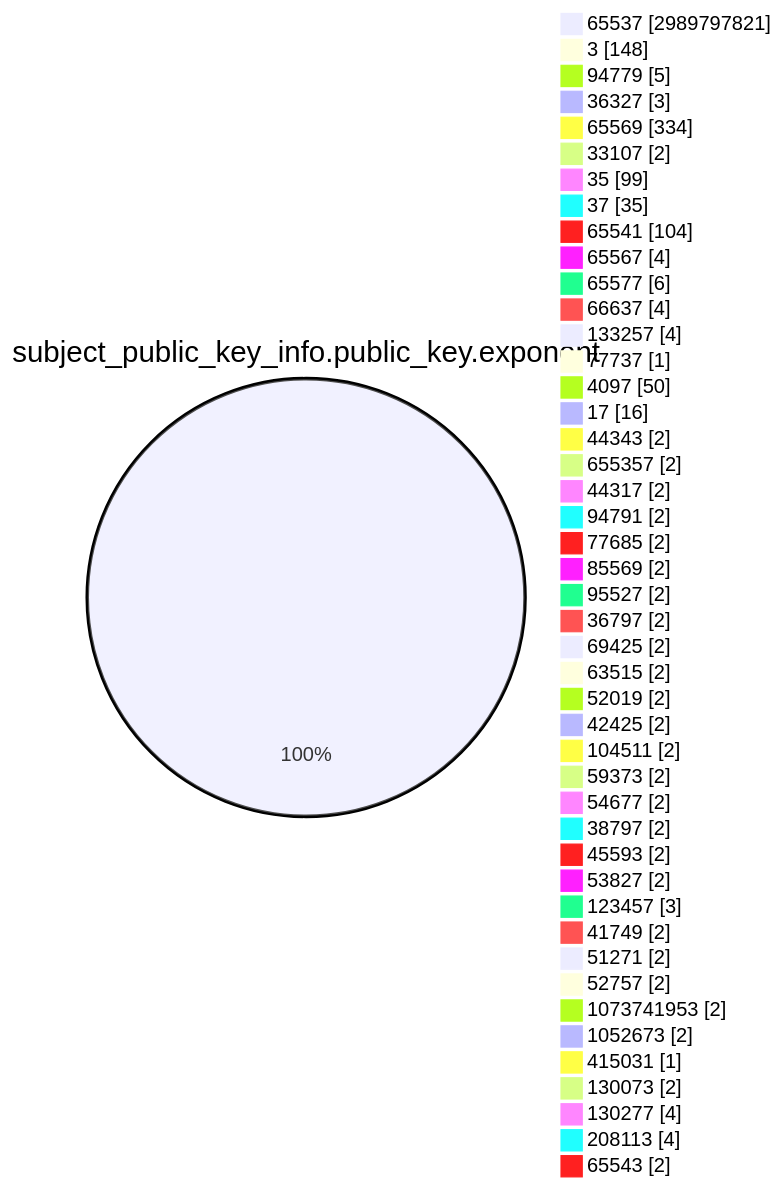
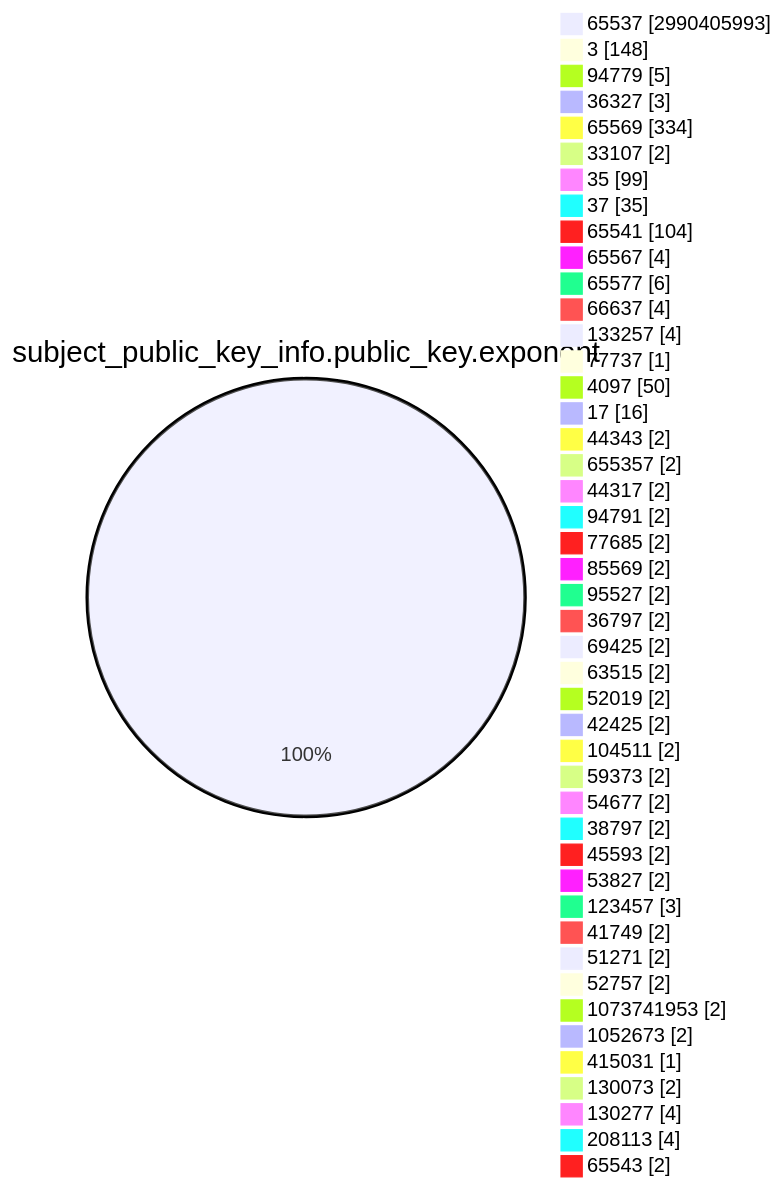
The fourth of 15 diagrams in TOTAL/README.md (christiankrug/ctmonitor_visualization), drawn with Mermaid before and after one commit. The commit also changed other lines of this file, not shown here.

````diff
--- a/TOTAL/README.md
+++ b/TOTAL/README.md
@@ -1472,49 +1472,49 @@
 ```mermaid
 pie showData
 title subject_public_key_info.public_key.exponent
-"65537" :2989797821
+"65537" :2990405993
 "3" :148
 "94779" :5
 "36327" :3
 "65569" :334
 "33107" :2
 "35" :99
 "37" :35
 "65541" :104
 "65567" :4
 "65577" :6
 "66637" :4
 "133257" :4
 "77737" :1
 "4097" :50
 "17" :16
 "44343" :2
 "655357" :2
 "44317" :2
 "94791" :2
 "77685" :2
 "85569" :2
 "95527" :2
 "36797" :2
 "69425" :2
 "63515" :2
 "52019" :2
 "42425" :2
 "104511" :2
 "59373" :2
 "54677" :2
 "38797" :2
 "45593" :2
 "53827" :2
 "123457" :3
 "41749" :2
 "51271" :2
 "52757" :2
 "1073741953" :2
 "1052673" :2
 "415031" :1
 "130073" :2
 "130277" :4
 "208113" :4
 "65543" :2
 ```
````
